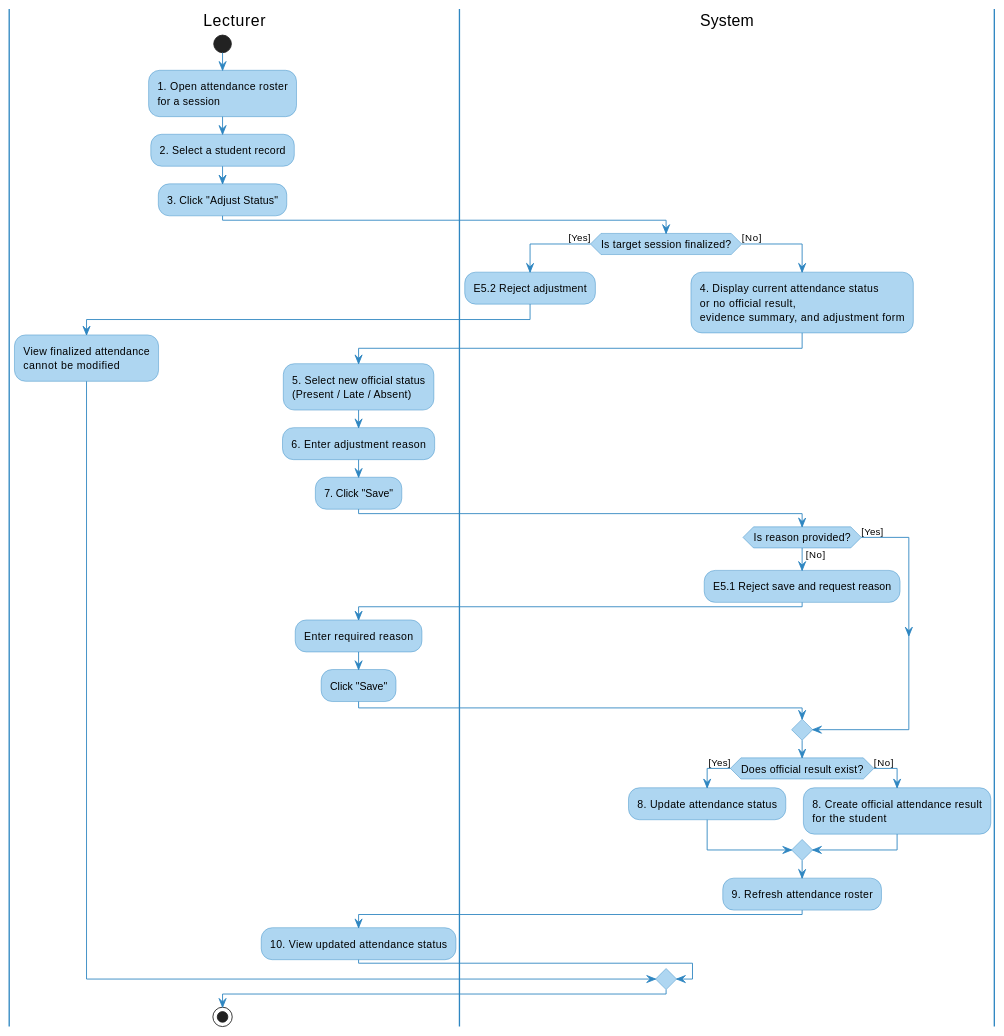
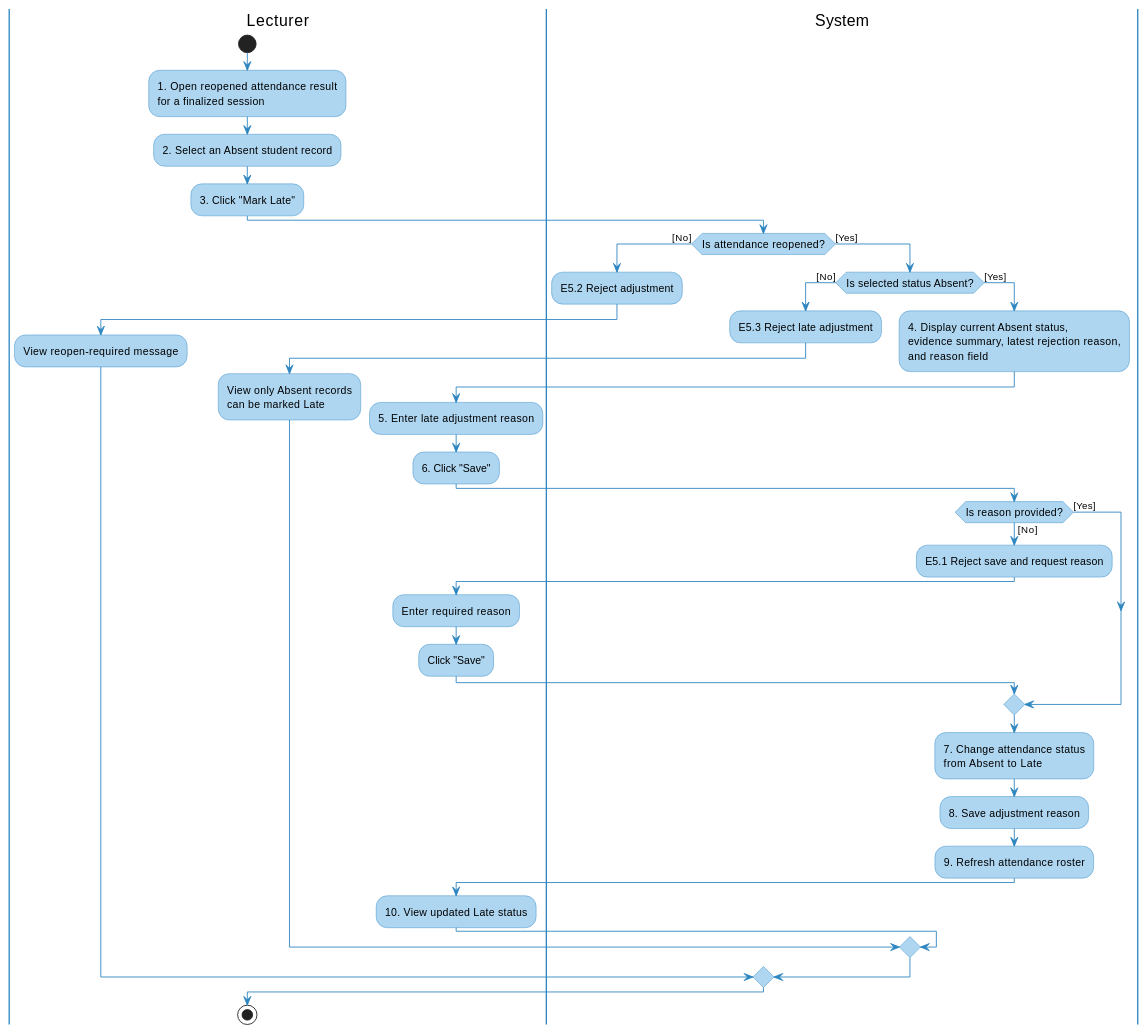
One commit to nttung42/SWD392 changed the sixth of 6 diagrams in docs/rds/1_Requirement.md. Above: the diagram before and after it, drawn with PlantUML. The commit also changed other lines of this file and 1 other file, not shown here.

````diff
--- a/docs/rds/1_Requirement.md
+++ b/docs/rds/1_Requirement.md
@@ -581,55 +601,58 @@
 ```plantuml
 @startuml UC07_Activity_Swimlane
 skinparam ActivityBackgroundColor #AED6F1
 skinparam ActivityBorderColor #2E86C1
 skinparam ActivityDiamondBackgroundColor #AED6F1
 skinparam ActivityDiamondBorderColor #2E86C1
 skinparam ArrowColor #2E86C1
 skinparam ActivityFontSize 12
 skinparam swimlaneBorderColor #2E86C1
 skinparam swimlaneHeaderFontStyle bold
 
 |Lecturer|
 start
-:1. Open attendance roster\nfor a session;
-:2. Select a student record;
-:3. Click "Adjust Status";
+:1. Open reopened attendance result\nfor a finalized session;
+:2. Select an Absent student record;
+:3. Click "Mark Late";
 
 |System|
-if (Is target session finalized?) then ([Yes])
+if (Is attendance reopened?) then ([No])
   :E5.2 Reject adjustment;
   |Lecturer|
-  :View finalized attendance\ncannot be modified;
-else ([No])
+  :View reopen-required message;
+else ([Yes])
   |System|
-  :4. Display current attendance status\nor no official result,\nevidence summary, and adjustment form;
+  if (Is selected status Absent?) then ([No])
+    :E5.3 Reject late adjustment;
+    |Lecturer|
+    :View only Absent records\ncan be marked Late;
+  else ([Yes])
+    |System|
+    :4. Display current Absent status,\nevidence summary, latest rejection reason,\nand reason field;
 
-  |Lecturer|
-  :5. Select new official status\n(Present / Late / Absent);
-  :6. Enter adjustment reason;
-  :7. Click "Save";
+    |Lecturer|
+    :5. Enter late adjustment reason;
+    :6. Click "Save";
 
-  |System|
-  if (Is reason provided?) then ([No])
-    :E5.1 Reject save and request reason;
+    |System|
+    if (Is reason provided?) then ([No])
+      :E5.1 Reject save and request reason;
+      |Lecturer|
+      :Enter required reason;
+      :Click "Save";
+    else ([Yes])
+    endif
+
+    |System|
+    :7. Change attendance status\nfrom Absent to Late;
+    :8. Save adjustment reason;
+    :9. Refresh attendance roster;
+
     |Lecturer|
-    :Enter required reason;
-    :Click "Save";
-  else ([Yes])
+    :10. View updated Late status;
   endif
-
-  |System|
-  if (Does official result exist?) then ([Yes])
-    :8. Update attendance status;
-  else ([No])
-    :8. Create official attendance result\nfor the student;
-  endif
-  :9. Refresh attendance roster;
-
-  |Lecturer|
-  :10. View updated attendance status;
 endif
 
 stop
 @enduml
 ```
````
